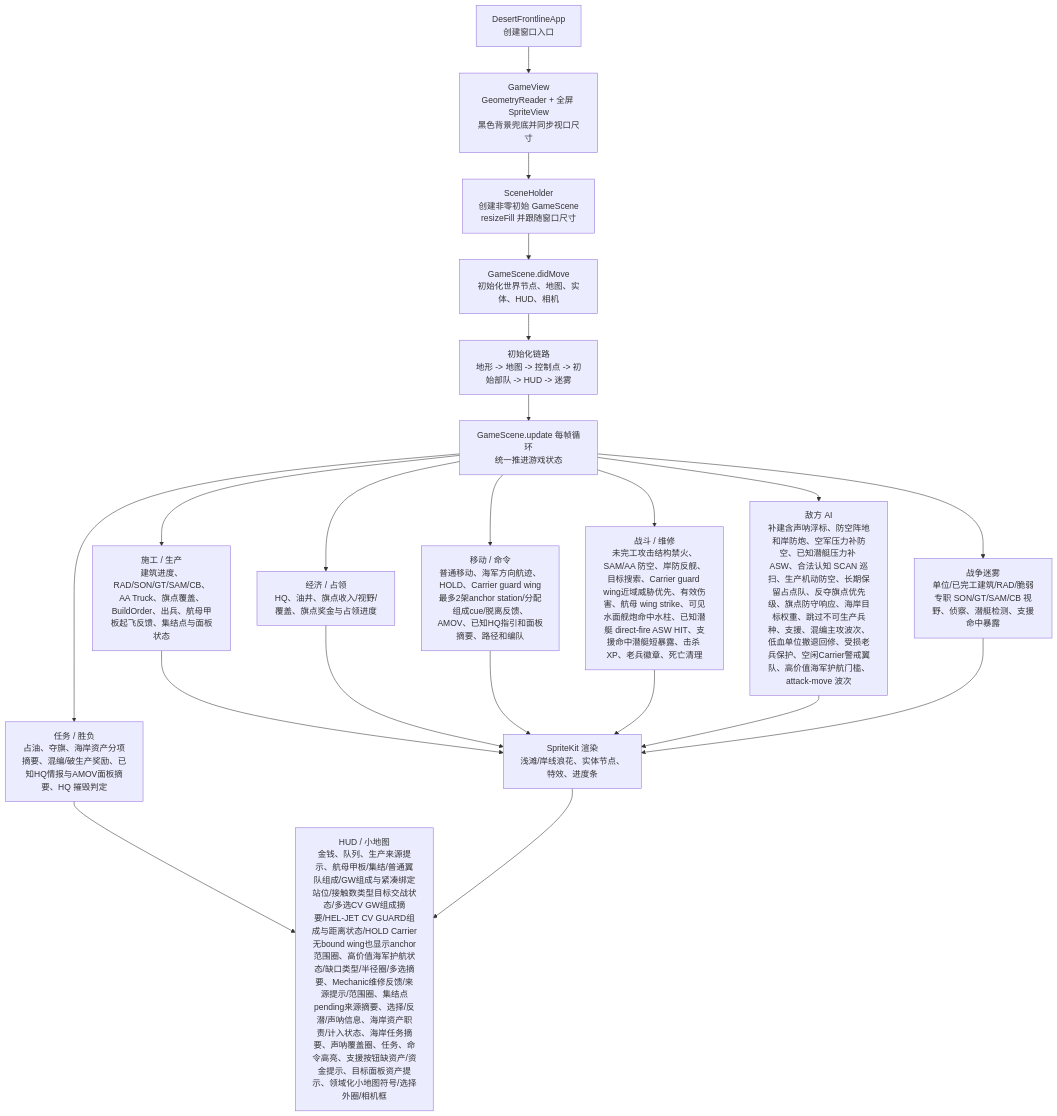
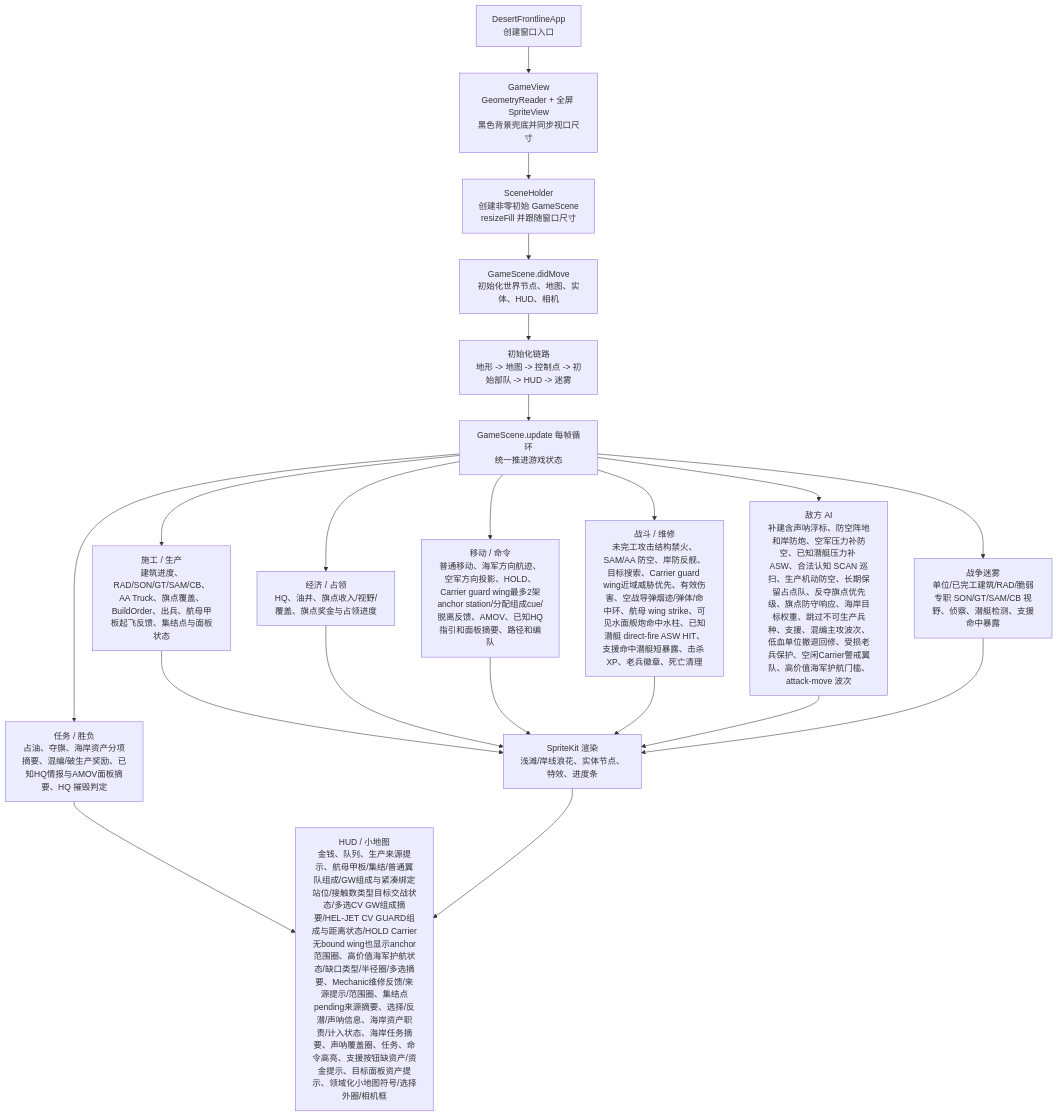
The first of 3 diagrams in md/flow/flowchart.md (Altman-sam114/1145), drawn with Mermaid before and after one commit. The commit also changed 6 other files, not shown here.

````diff
--- a/md/flow/flowchart.md
+++ b/md/flow/flowchart.md
@@ -9,23 +9,23 @@
 ```mermaid
 flowchart TD
   App["DesertFrontlineApp\n创建窗口入口"] --> View["GameView\nGeometryReader + 全屏 SpriteView\n黑色背景兜底并同步视口尺寸"]
   View --> Holder["SceneHolder\n创建非零初始 GameScene\nresizeFill 并跟随窗口尺寸"]
   Holder --> Scene["GameScene.didMove\n初始化世界节点、地图、实体、HUD、相机"]
   Scene --> Init["初始化链路\n地形 -> 地图 -> 控制点 -> 初始部队 -> HUD -> 迷雾"]
   Init --> Loop["GameScene.update 每帧循环\n统一推进游戏状态"]
   Loop --> Build["施工 / 生产\n建筑进度、RAD/SON/GT/SAM/CB、AA Truck、旗点覆盖、BuildOrder、出兵、航母甲板起飞反馈、集结点与面板状态"]
   Loop --> Economy["经济 / 占领\nHQ、油井、旗点收入/视野/覆盖、旗点奖金与占领进度"]
-  Loop --> Commands["移动 / 命令\n普通移动、海军方向航迹、HOLD、Carrier guard wing最多2架anchor station/分配组成cue/脱离反馈、AMOV、已知HQ指引和面板摘要、路径和编队"]
-  Loop --> Combat["战斗 / 维修\n未完工攻击结构禁火、SAM/AA 防空、岸防反舰、目标搜索、Carrier guard wing近域威胁优先、有效伤害、航母 wing strike、可见水面舰炮命中水柱、已知潜艇 direct-fire ASW HIT、支援命中潜艇短暴露、击杀 XP、老兵徽章、死亡清理"]
+  Loop --> Commands["移动 / 命令\n普通移动、海军方向航迹、空军方向投影、HOLD、Carrier guard wing最多2架anchor station/分配组成cue/脱离反馈、AMOV、已知HQ指引和面板摘要、路径和编队"]
+  Loop --> Combat["战斗 / 维修\n未完工攻击结构禁火、SAM/AA 防空、岸防反舰、目标搜索、Carrier guard wing近域威胁优先、有效伤害、空战导弹烟迹/弹体/命中环、航母 wing strike、可见水面舰炮命中水柱、已知潜艇 direct-fire ASW HIT、支援命中潜艇短暴露、击杀 XP、老兵徽章、死亡清理"]
   Loop --> AI["敌方 AI\n补建含声呐浮标、防空阵地和岸防炮、空军压力补防空、已知潜艇压力补 ASW、合法认知 SCAN 巡扫、生产机动防空、长期保留占点队、反夺旗点优先级、旗点防守响应、海岸目标权重、跳过不可生产兵种、支援、混编主攻波次、低血单位撤退回修、受损老兵保护、空闲Carrier警戒翼队、高价值海军护航门槛、attack-move 波次"]
   Loop --> Fog["战争迷雾\n单位/已完工建筑/RAD/脆弱专职 SON/GT/SAM/CB 视野、侦察、潜艇检测、支援命中暴露"]
   Loop --> Mission["任务 / 胜负\n占油、夺旗、海岸资产分项摘要、混编/破生产奖励、已知HQ情报与AMOV面板摘要、HQ 摧毁判定"]
   Build --> Render["SpriteKit 渲染\n浅滩/岸线浪花、实体节点、特效、进度条"]
   Economy --> Render
   Commands --> Render
   Combat --> Render
   AI --> Render
   Fog --> Render
   Mission --> HUD["HUD / 小地图\n金钱、队列、生产来源提示、航母甲板/集结/普通翼队组成/GW组成与紧凑绑定站位/接触数类型目标交战状态/多选CV GW组成摘要/HEL-JET CV GUARD组成与距离状态/HOLD Carrier无bound wing也显示anchor范围圈、高价值海军护航状态/缺口类型/半径圈/多选摘要、Mechanic维修反馈/来源提示/范围圈、集结点pending来源摘要、选择/反潜/声呐信息、海岸资产职责/计入状态、海岸任务摘要、声呐覆盖圈、任务、命令高亮、支援按钮缺资产/资金提示、目标面板资产提示、领域化小地图符号/选择外圈/相机框"]
   Render --> HUD
 ```
````
